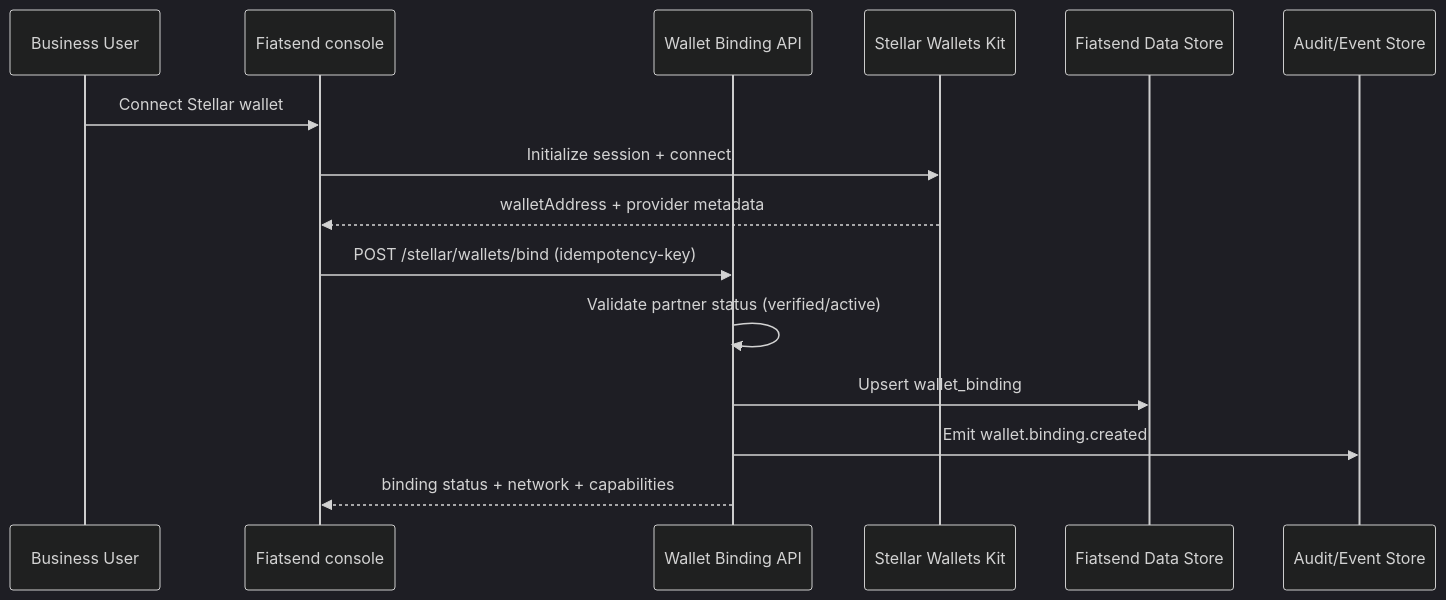
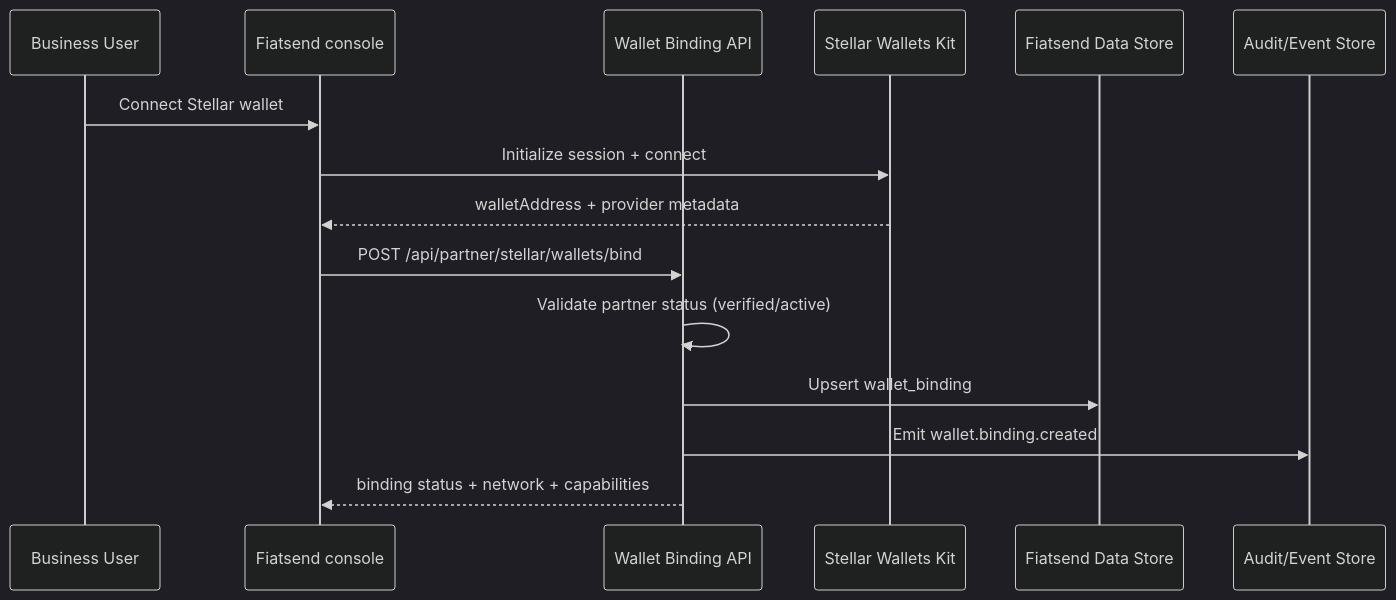
Diagram 11 of 18 in Fiatsend-Technical-Architecture-SCF43-Integration.md (fiatsend/techical-achitecture), drawn with Mermaid (dark theme) before and after one commit. The commit also changed other lines of this file, not shown here.

First line of the commit message:
Revise Fiatsend technical architecture details

````diff
--- a/Fiatsend-Technical-Architecture-SCF43-Integration.md
+++ b/Fiatsend-Technical-Architecture-SCF43-Integration.md
@@ -528,18 +856,18 @@
 ```mermaid
 sequenceDiagram
     participant Biz as Business User
     participant UI as Fiatsend console
     participant API as Wallet Binding API
     participant WK as Stellar Wallets Kit
     participant DB as Fiatsend Data Store
     participant AUD as Audit/Event Store
 
     Biz->>UI: Connect Stellar wallet
     UI->>WK: Initialize session + connect
     WK-->>UI: walletAddress + provider metadata
-    UI->>API: POST /stellar/wallets/bind (idempotency-key)
+    UI->>API: POST /api/partner/stellar/wallets/bind
     API->>API: Validate partner status (verified/active)
     API->>DB: Upsert wallet_binding
     API->>AUD: Emit wallet.binding.created
     API-->>UI: binding status + network + capabilities
 ```
````
